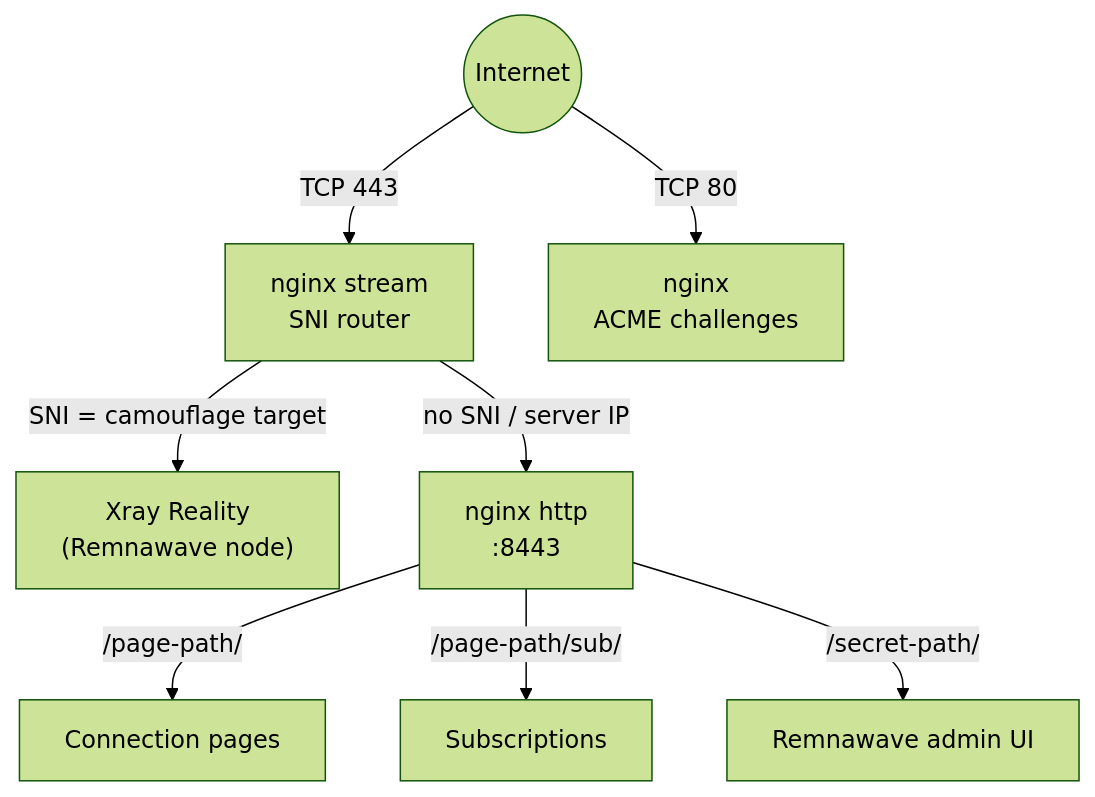
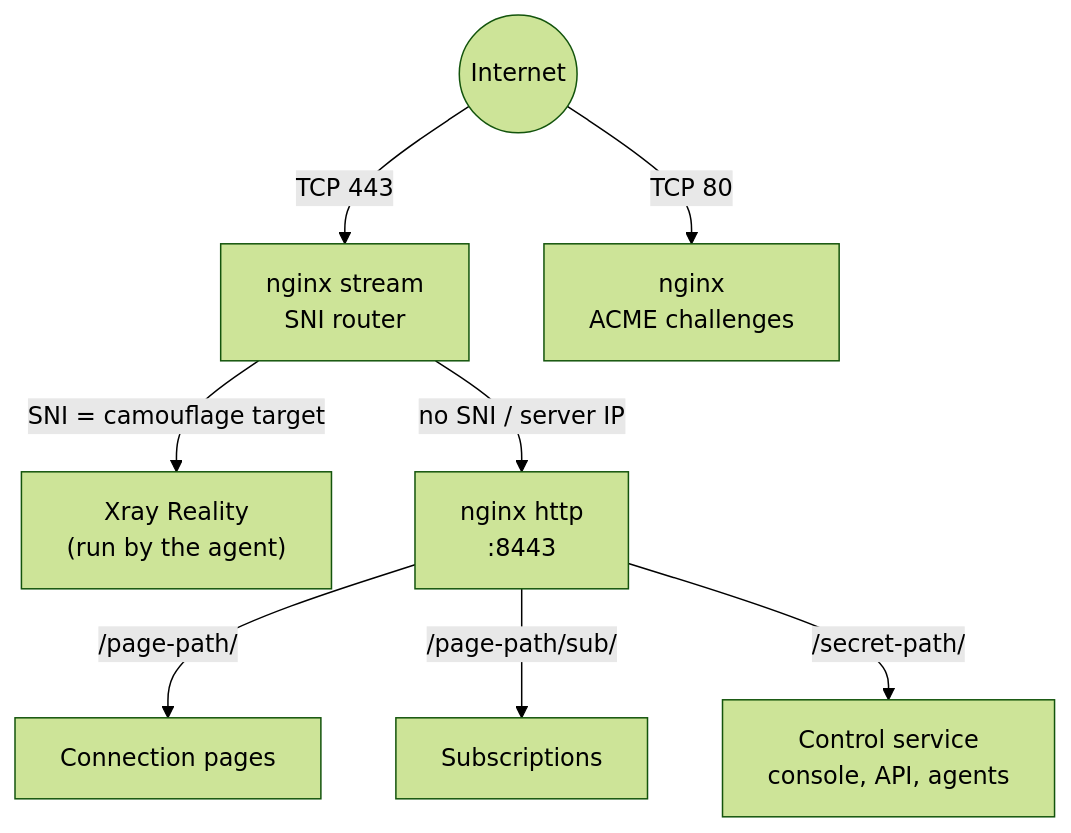
Before and after one commit to getmeridian/meridian: the first of 4 diagrams in website/src/content/docs/en/architecture.md, drawn with Mermaid (forest theme). The commit also changed other lines of this file and 58 other files, not shown here.

First line of the commit message:
Describe the control service, agents, and backups across the docs

````diff
--- a/website/src/content/docs/en/architecture.md
+++ b/website/src/content/docs/en/architecture.md
@@ -21,10 +22,10 @@
 ```mermaid
 flowchart TD
     Internet((Internet)) -->|TCP 443| Nginx[nginx stream<br>SNI router]
-    Nginx -->|"SNI = camouflage target"| XrayReal["Xray Reality<br>(Remnawave node)"]
+    Nginx -->|"SNI = camouflage target"| XrayReal["Xray Reality<br>(run by the agent)"]
     Nginx -->|"no SNI / server IP"| NginxHTTP["nginx http<br>:8443"]
     NginxHTTP -->|/page-path/| Page[Connection pages]
     NginxHTTP -->|/page-path/sub/| Sub[Subscriptions]
-    NginxHTTP -->|/secret-path/| Panel[Remnawave admin UI]
+    NginxHTTP -->|/secret-path/| Service["Control service<br>console, API, agents"]
     Internet -->|TCP 80| NginxACME["nginx<br>ACME challenges"]
 ```
````
